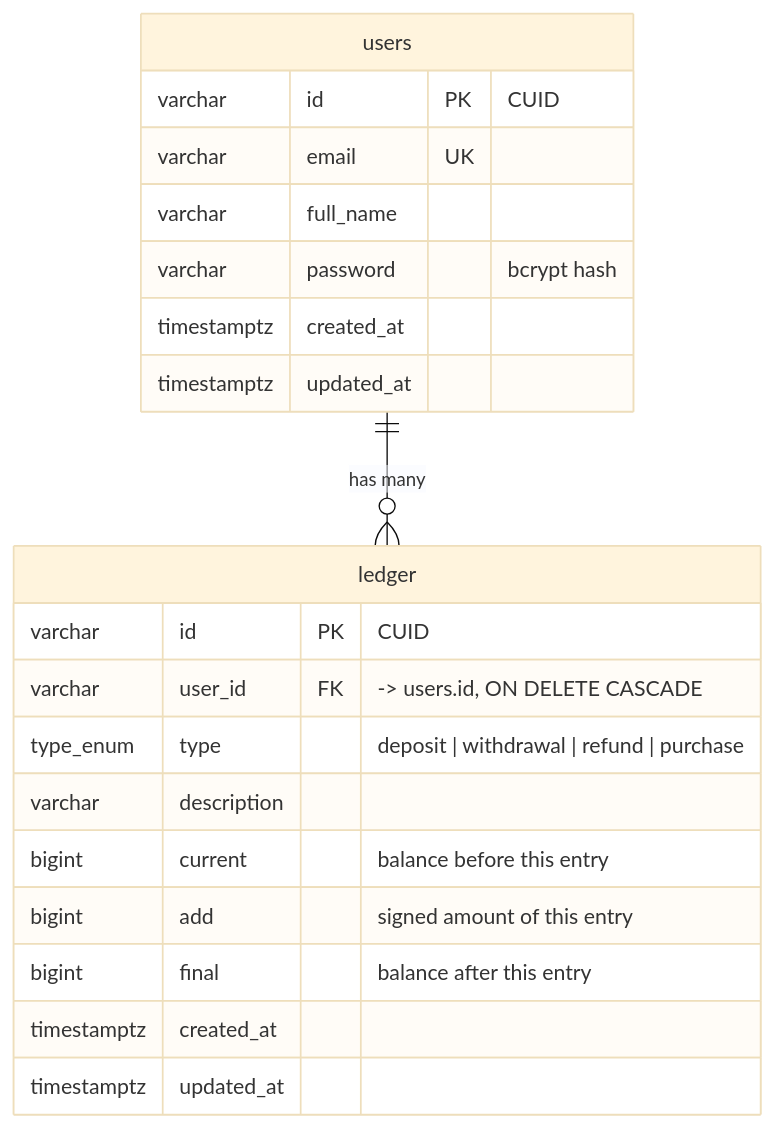
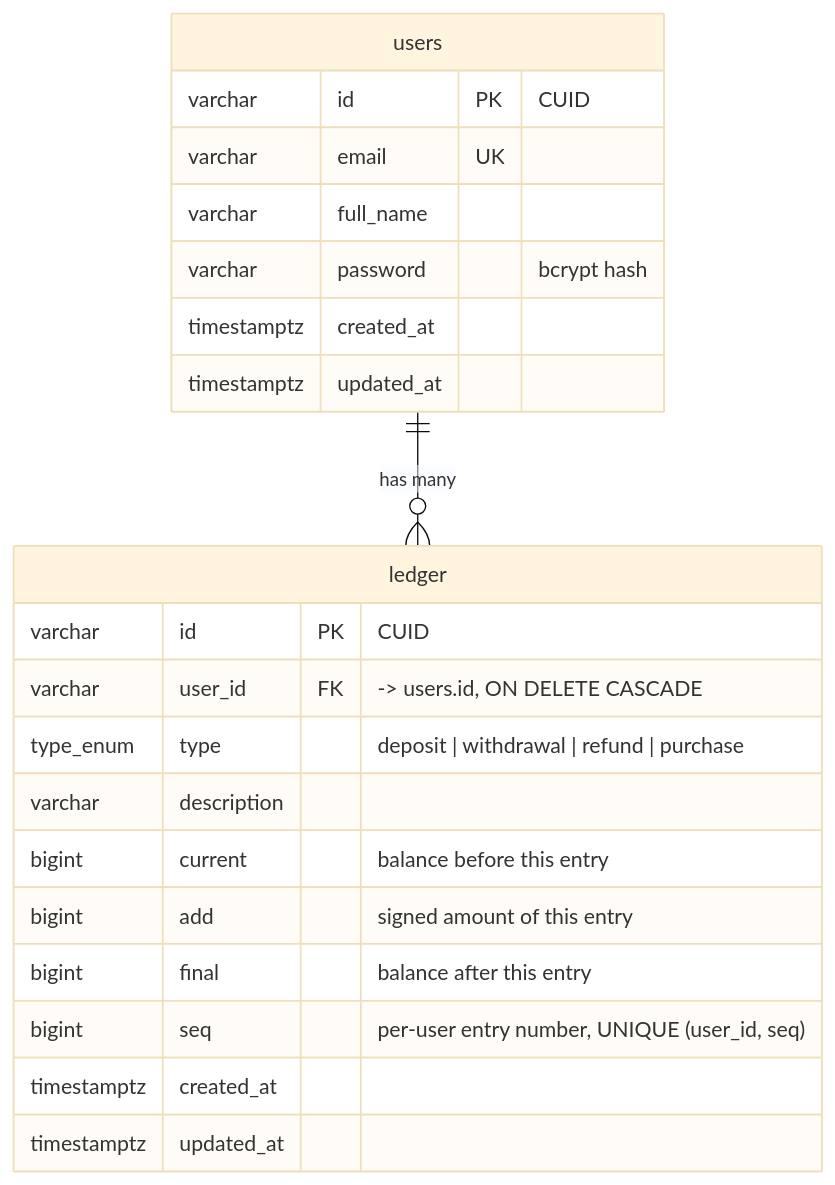
One commit to YungBenn/balance-ledger-database-design changed the first of 2 diagrams in README.md. Above: the diagram before and after it, drawn with Mermaid (base theme). The commit also changed other lines of this file and 24 other files, not shown here.

````diff
--- a/README.md
+++ b/README.md
@@ -27,25 +27,26 @@
 ```mermaid
 erDiagram
     users ||--o{ ledger : "has many"
 
     users {
         varchar id PK "CUID"
         varchar email UK
         varchar full_name
         varchar password "bcrypt hash"
         timestamptz created_at
         timestamptz updated_at
     }
 
     ledger {
         varchar id PK "CUID"
         varchar user_id FK "-> users.id, ON DELETE CASCADE"
         type_enum type "deposit | withdrawal | refund | purchase"
         varchar description
         bigint current "balance before this entry"
         bigint add "signed amount of this entry"
         bigint final "balance after this entry"
+        bigint seq "per-user entry number, UNIQUE (user_id, seq)"
         timestamptz created_at
         timestamptz updated_at
     }
 ```
````
